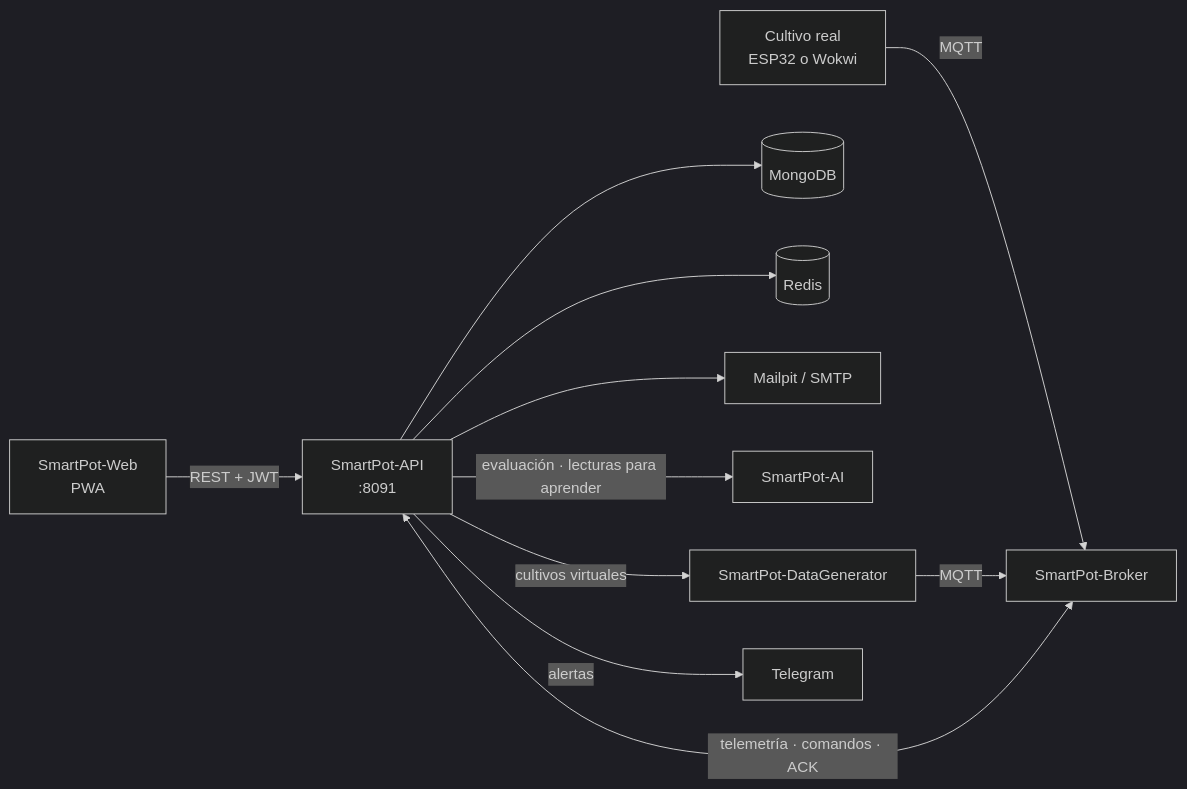
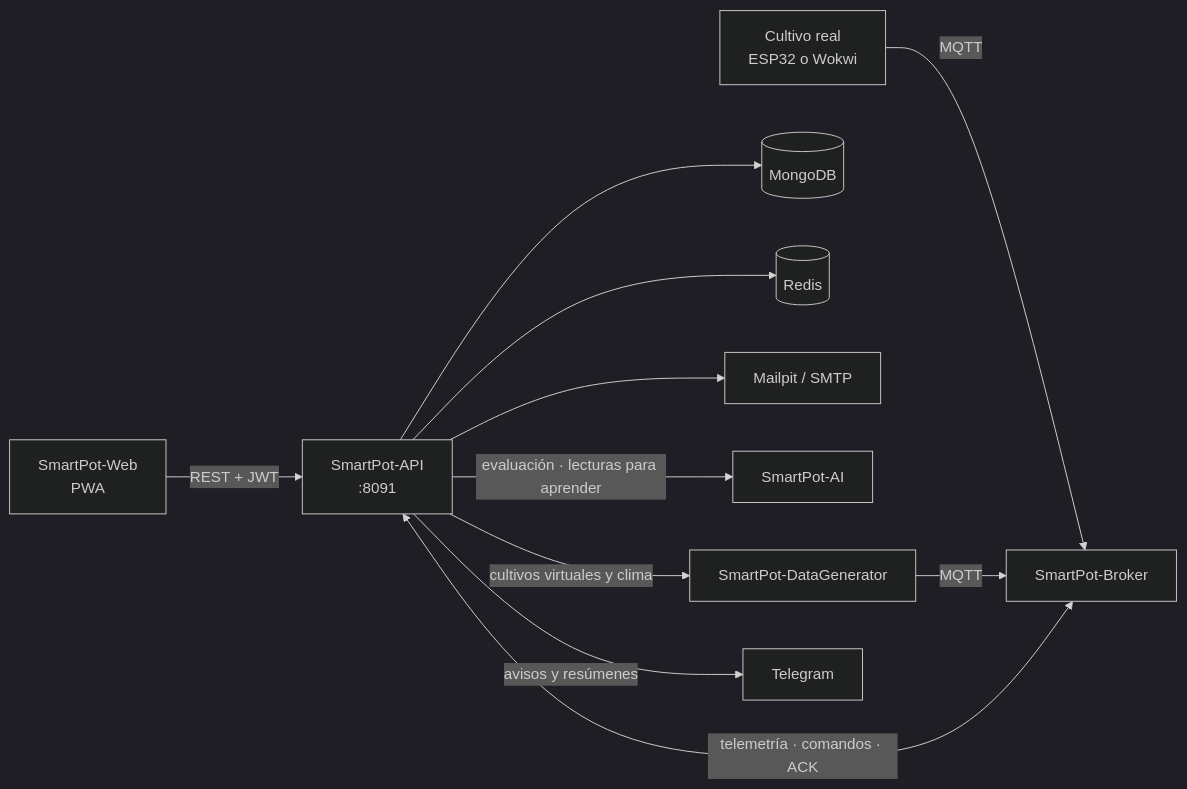
Before and after one commit to SmartPotTech/SmartPot-API: the diagram in README.md, drawn with Mermaid (dark theme). The commit also changed other lines of this file, not shown here.

````diff
--- a/README.md
+++ b/README.md
@@ -16,13 +16,13 @@
 ```mermaid
 flowchart LR
   web["SmartPot-Web<br/>PWA"] -->|"REST + JWT"| api["SmartPot-API<br/>:8091"]
   esp["Cultivo real<br/>ESP32 o Wokwi"] -->|"MQTT"| broker["SmartPot-Broker"]
   broker <-->|"telemetría · comandos · ACK"| api
   api --> db[("MongoDB")]
   api --> cache[("Redis")]
   api --> mail["Mailpit / SMTP"]
   api -->|"evaluación · lecturas para aprender"| ai["SmartPot-AI"]
-  api -->|"cultivos virtuales"| sim["SmartPot-DataGenerator"]
+  api -->|"cultivos virtuales y clima"| sim["SmartPot-DataGenerator"]
   sim -->|"MQTT"| broker
-  api -->|"alertas"| tg["Telegram"]
+  api -->|"avisos y resúmenes"| tg["Telegram"]
 ```
````
